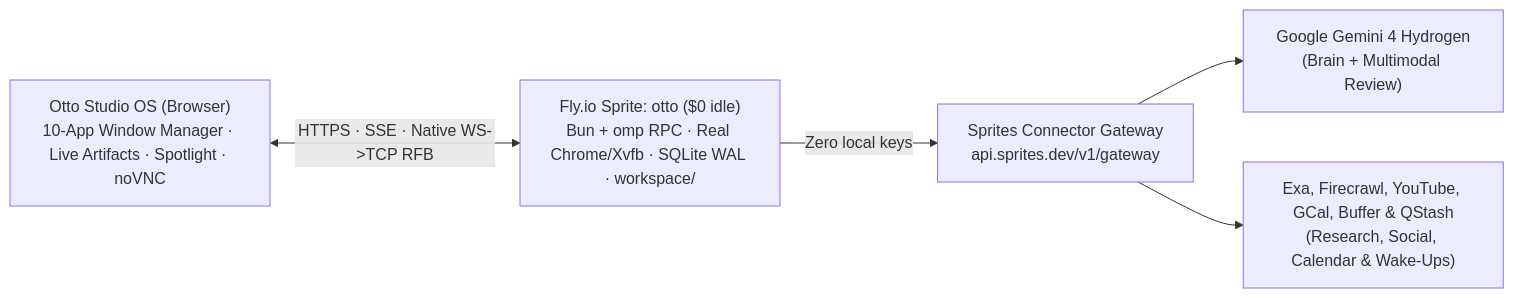
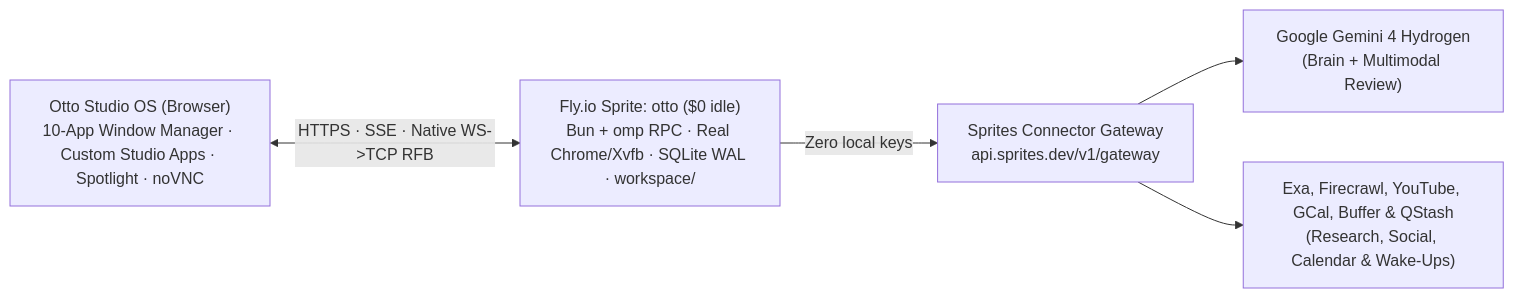
The diagram in README.md (roffidaijoubu/otto), drawn with Mermaid before and after one commit. The commit also changed other lines of this file and 8 other files, not shown here.

````diff
--- a/README.md
+++ b/README.md
@@ -60,7 +60,7 @@
 ```mermaid
 flowchart LR
-    U["Otto Studio OS (Browser)<br/>10-App Window Manager · Live Artifacts · Spotlight · noVNC"] <-->|"HTTPS · SSE · Native WS->TCP RFB"| S["Fly.io Sprite: otto ($0 idle)<br/>Bun + omp RPC · Real Chrome/Xvfb · SQLite WAL · workspace/"]
+    U["Otto Studio OS (Browser)<br/>10-App Window Manager · Custom Studio Apps · Spotlight · noVNC"] <-->|"HTTPS · SSE · Native WS->TCP RFB"| S["Fly.io Sprite: otto ($0 idle)<br/>Bun + omp RPC · Real Chrome/Xvfb · SQLite WAL · workspace/"]
     S -->|"Zero local keys"| G["Sprites Connector Gateway<br/>api.sprites.dev/v1/gateway"]
     G --> M["Google Gemini 4 Hydrogen<br/>(Brain + Multimodal Review)"]
     G --> E["Exa, Firecrawl, YouTube, GCal, Buffer &amp; QStash<br/>(Research, Social, Calendar &amp; Wake-Ups)"]
 ```
````
